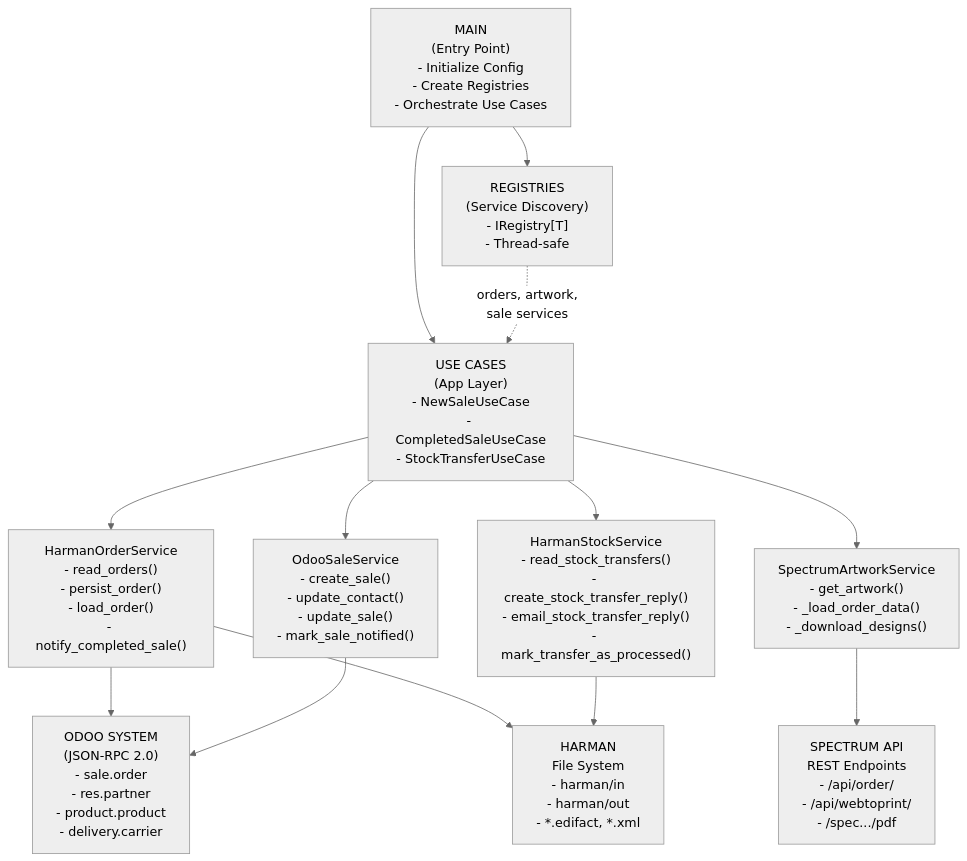
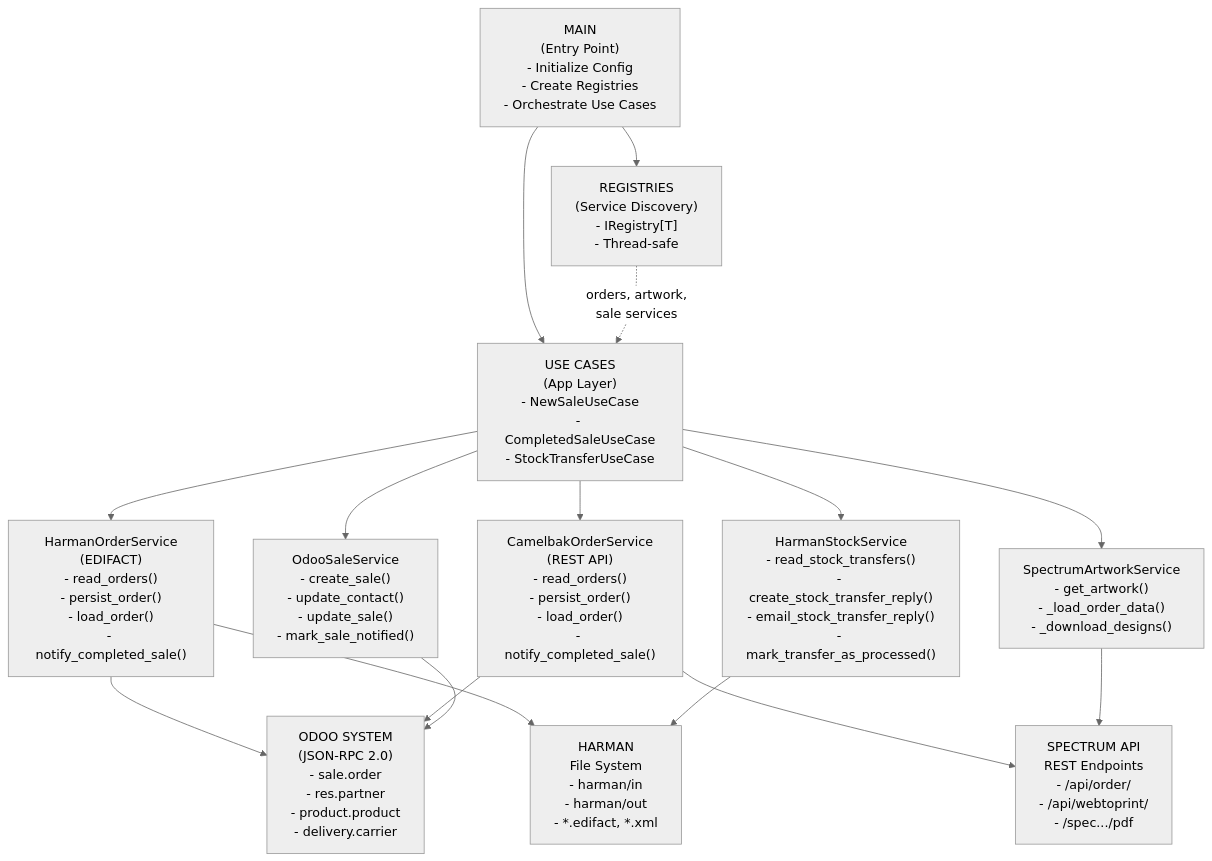
One commit to itdeonet/external_order changed the first of 7 diagrams in ARCHITECTURE_DIAGRAMS.md. Above: the diagram before and after it, drawn with Mermaid (neutral theme). The commit also changed 7 other files, not shown here.

First line of the commit message:
Add Camelbak order integration and update architecture documentation

````diff
--- a/ARCHITECTURE_DIAGRAMS.md
+++ b/ARCHITECTURE_DIAGRAMS.md
@@ -5,35 +5,40 @@
 ```mermaid
 graph TD
     Main["MAIN<br/>(Entry Point)<br/>- Initialize Config<br/>- Create Registries<br/>- Orchestrate Use Cases"]
     
     UC["USE CASES<br/>(App Layer)<br/>- NewSaleUseCase<br/>- CompletedSaleUseCase<br/>- StockTransferUseCase"]
     
     Reg["REGISTRIES<br/>(Service Discovery)<br/>- IRegistry[T]<br/>- Thread-safe"]
     
-    OrderSvc["HarmanOrderService<br/>- read_orders()<br/>- persist_order()<br/>- load_order()<br/>- notify_completed_sale()"]
+    OrderSvc1["HarmanOrderService<br/>(EDIFACT)<br/>- read_orders()<br/>- persist_order()<br/>- load_order()<br/>- notify_completed_sale()"]
+    
+    OrderSvc2["CamelbakOrderService<br/>(REST API)<br/>- read_orders()<br/>- persist_order()<br/>- load_order()<br/>- notify_completed_sale()"]
     
     SaleSvc["OdooSaleService<br/>- create_sale()<br/>- update_contact()<br/>- update_sale()<br/>- mark_sale_notified()"]
     
     ArtSvc["SpectrumArtworkService<br/>- get_artwork()<br/>- _load_order_data()<br/>- _download_designs()"]
     
     StockSvc["HarmanStockService<br/>- read_stock_transfers()<br/>- create_stock_transfer_reply()<br/>- email_stock_transfer_reply()<br/>- mark_transfer_as_processed()"]
     
     Odoo["ODOO SYSTEM<br/>(JSON-RPC 2.0)<br/>- sale.order<br/>- res.partner<br/>- product.product<br/>- delivery.carrier"]
     
     Harman["HARMAN<br/>File System<br/>- harman/in<br/>- harman/out<br/>- *.edifact, *.xml"]
     
     Spectrum["SPECTRUM API<br/>REST Endpoints<br/>- /api/order/<br/>- /api/webtoprint/<br/>- /spec.../pdf"]
     
     Main --> UC
     Main --> Reg
-    UC --> OrderSvc
+    UC --> OrderSvc1
+    UC --> OrderSvc2
     UC --> SaleSvc
     UC --> ArtSvc
     UC --> StockSvc
     Reg -.->|orders, artwork,<br/>sale services| UC
-    OrderSvc --> Odoo
-    OrderSvc --> Harman
+    OrderSvc1 --> Odoo
+    OrderSvc1 --> Harman
+    OrderSvc2 --> Odoo
+    OrderSvc2 --> Spectrum
     SaleSvc --> Odoo
     ArtSvc --> Spectrum
     StockSvc --> Harman
 ```
````
